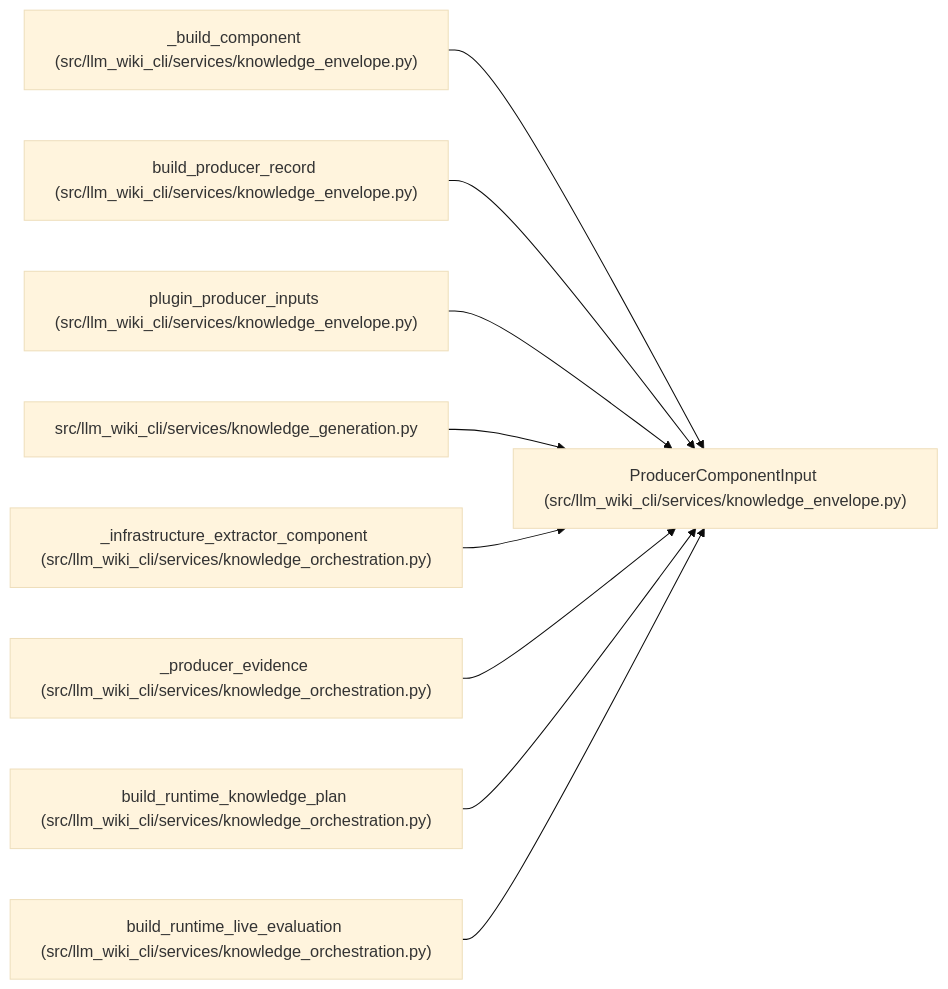
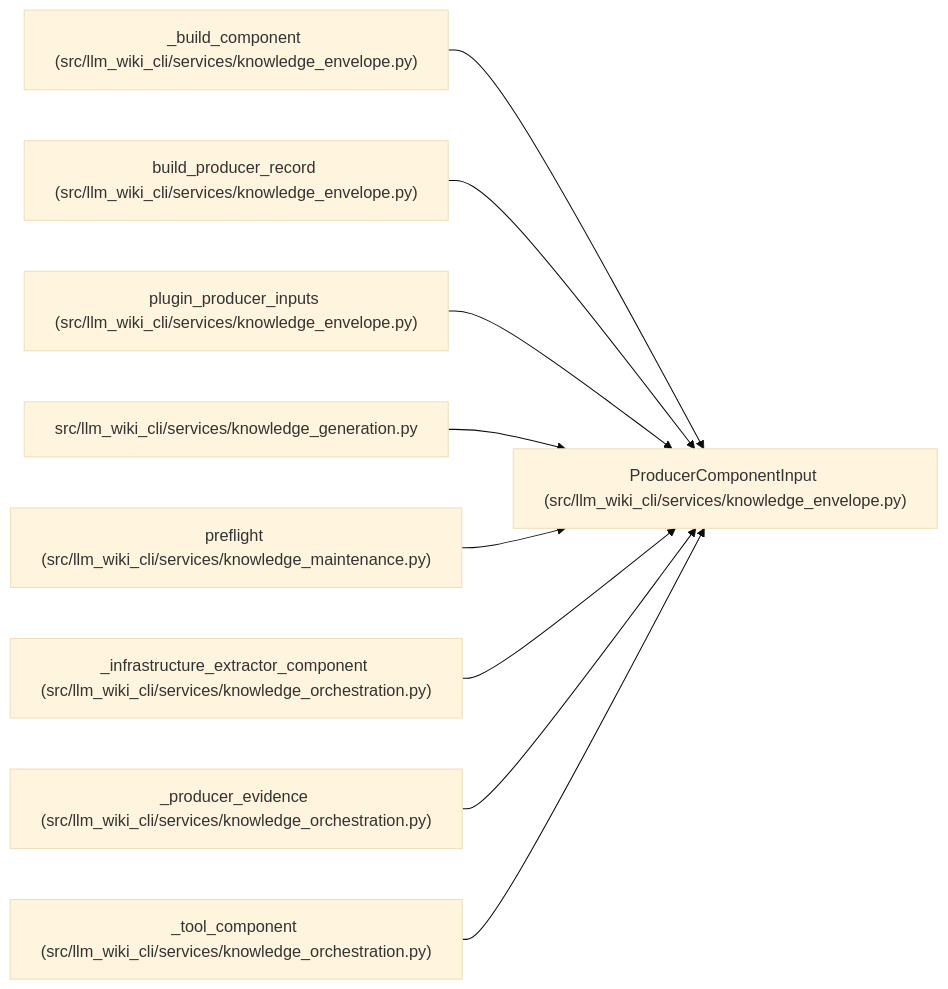
One commit to Denissvgn/python-wiki-llm changed the diagram in docs/llm_wiki/entities/ProducerComponentInput.md. Above: the diagram before and after it, drawn with Mermaid (base theme). The commit also changed other lines of this file and 727 other files, not shown here.

````diff
--- a/docs/llm_wiki/entities/ProducerComponentInput.md
+++ b/docs/llm_wiki/entities/ProducerComponentInput.md
@@ -35,29 +35,29 @@
 ```mermaid
 flowchart LR
     n0["ProducerComponentInput (src/llm_wiki_cli/services/knowledge_envelope.py)"]
     n1["_build_component (src/llm_wiki_cli/services/knowledge_envelope.py)"]
     n2["build_producer_record (src/llm_wiki_cli/services/knowledge_envelope.py)"]
     n3["plugin_producer_inputs (src/llm_wiki_cli/services/knowledge_envelope.py)"]
     n4["src/llm_wiki_cli/services/knowledge_generation.py"]
-    n5["_infrastructure_extractor_component (src/llm_wiki_cli/services/knowledge_orchestration.py)"]
-    n6["_producer_evidence (src/llm_wiki_cli/services/knowledge_orchestration.py)"]
-    n7["build_runtime_knowledge_plan (src/llm_wiki_cli/services/knowledge_orchestration.py)"]
-    n8["build_runtime_live_evaluation (src/llm_wiki_cli/services/knowledge_orchestration.py)"]
+    n5["preflight (src/llm_wiki_cli/services/knowledge_maintenance.py)"]
+    n6["_infrastructure_extractor_component (src/llm_wiki_cli/services/knowledge_orchestration.py)"]
+    n7["_producer_evidence (src/llm_wiki_cli/services/knowledge_orchestration.py)"]
+    n8["_tool_component (src/llm_wiki_cli/services/knowledge_orchestration.py)"]
     n1 --> n0
     n2 --> n0
     n3 --> n0
     n4 --> n0
     n5 --> n0
     n6 --> n0
     n7 --> n0
     n8 --> n0
     click n0 "../modules/knowledge_envelope.md"
     click n1 "../modules/knowledge_envelope.md"
     click n2 "../modules/knowledge_envelope.md"
     click n3 "../modules/knowledge_envelope.md"
     click n4 "../modules/knowledge_generation.md"
-    click n5 "../modules/knowledge_orchestration.md"
+    click n5 "../modules/knowledge_maintenance.md"
     click n6 "../modules/knowledge_orchestration.md"
     click n7 "../modules/knowledge_orchestration.md"
     click n8 "../modules/knowledge_orchestration.md"
 ```
````
